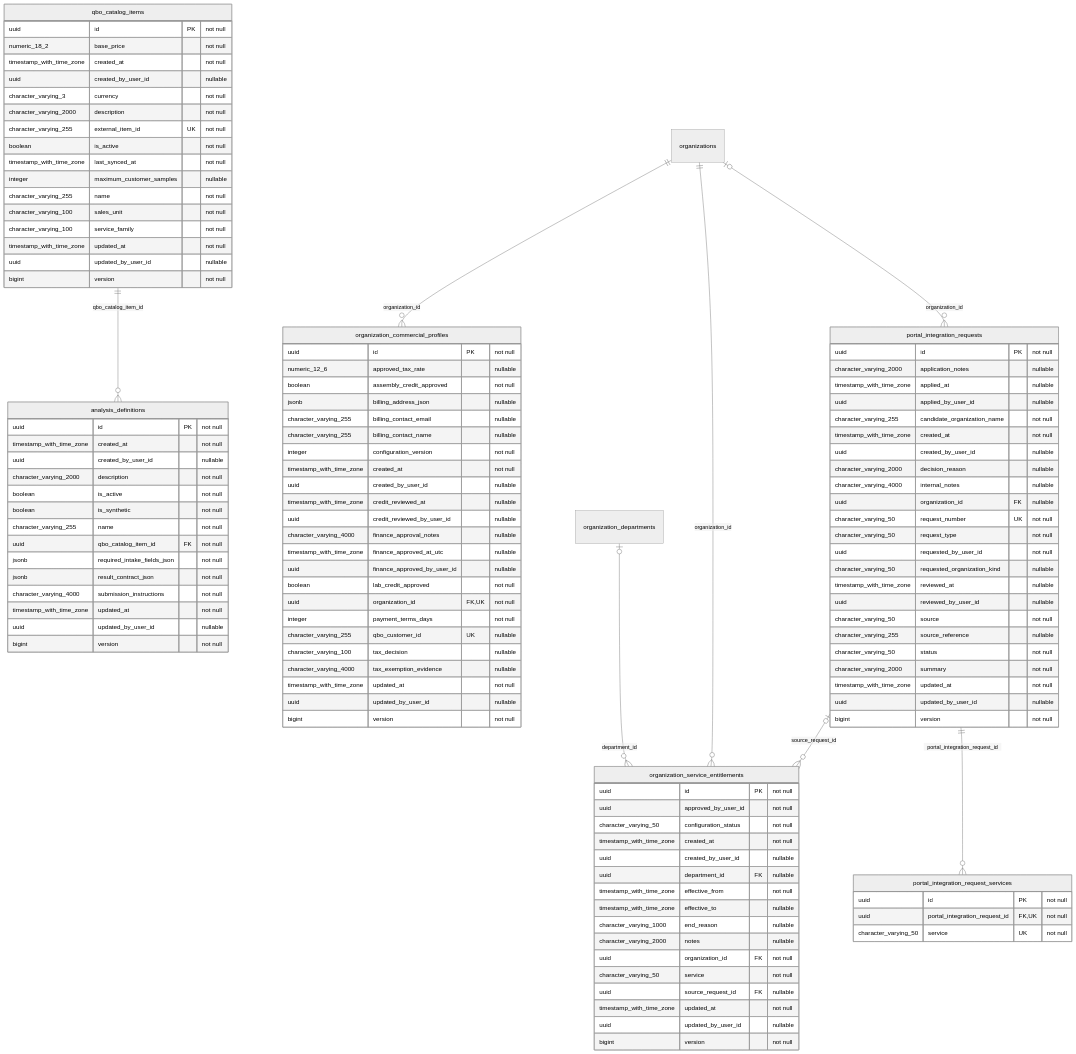
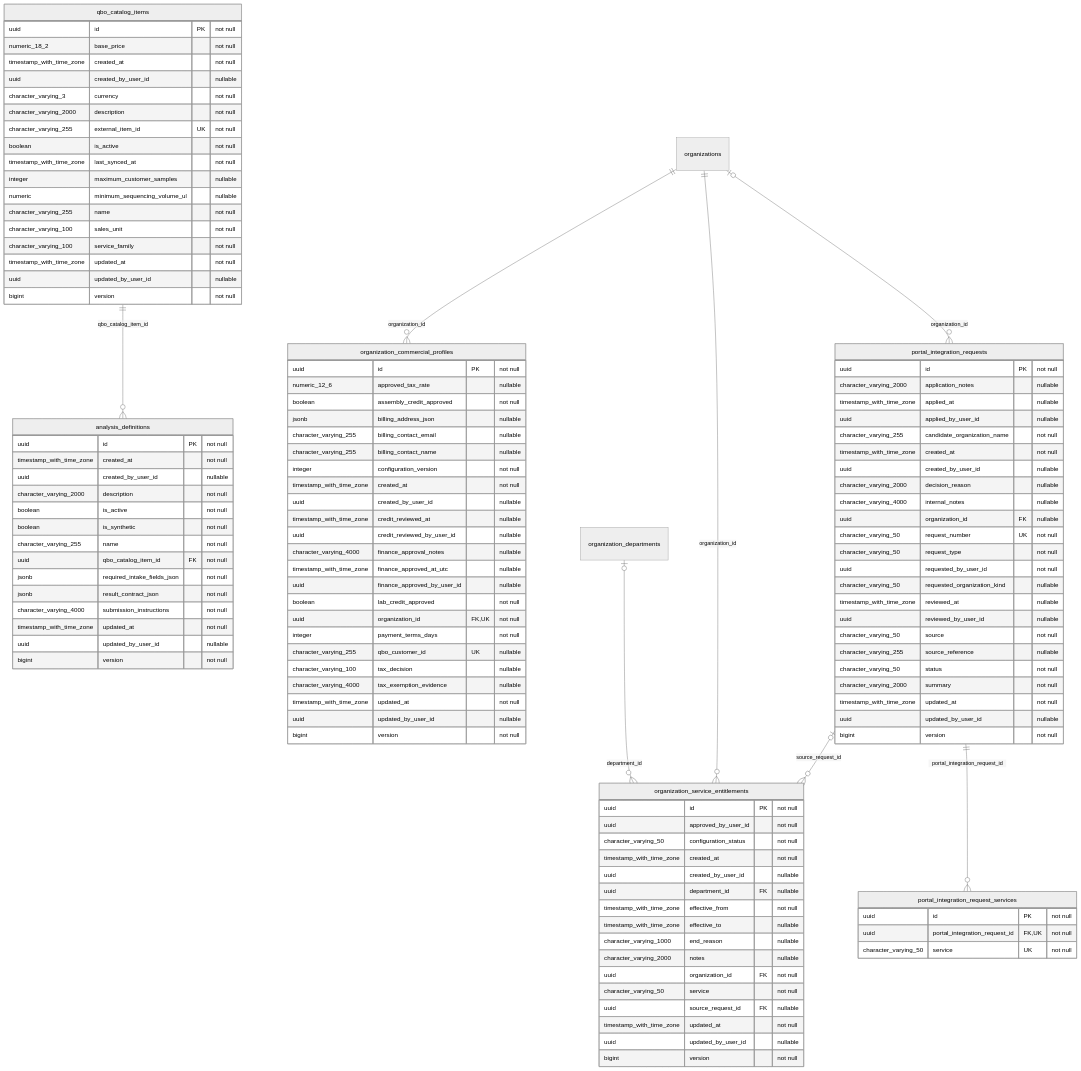
One commit to behaack/phaeno-ops-mgmt-system changed diagram 19 of 37 in docs/database-erd.md. Above: the diagram before and after it, drawn with Mermaid (neutral theme). The commit also changed other lines of this file and 300 other files, not shown here.

```diff
--- a/docs/database-erd.md
+++ b/docs/database-erd.md
@@ -2633,6 +2637,7 @@
         boolean is_active "not null"
         timestamp_with_time_zone last_synced_at "not null"
         integer maximum_customer_samples "nullable"
+        numeric minimum_sequencing_volume_ul "nullable"
         character_varying_255 name "not null"
         character_varying_100 sales_unit "not null"
         character_varying_100 service_family "not null"
```
